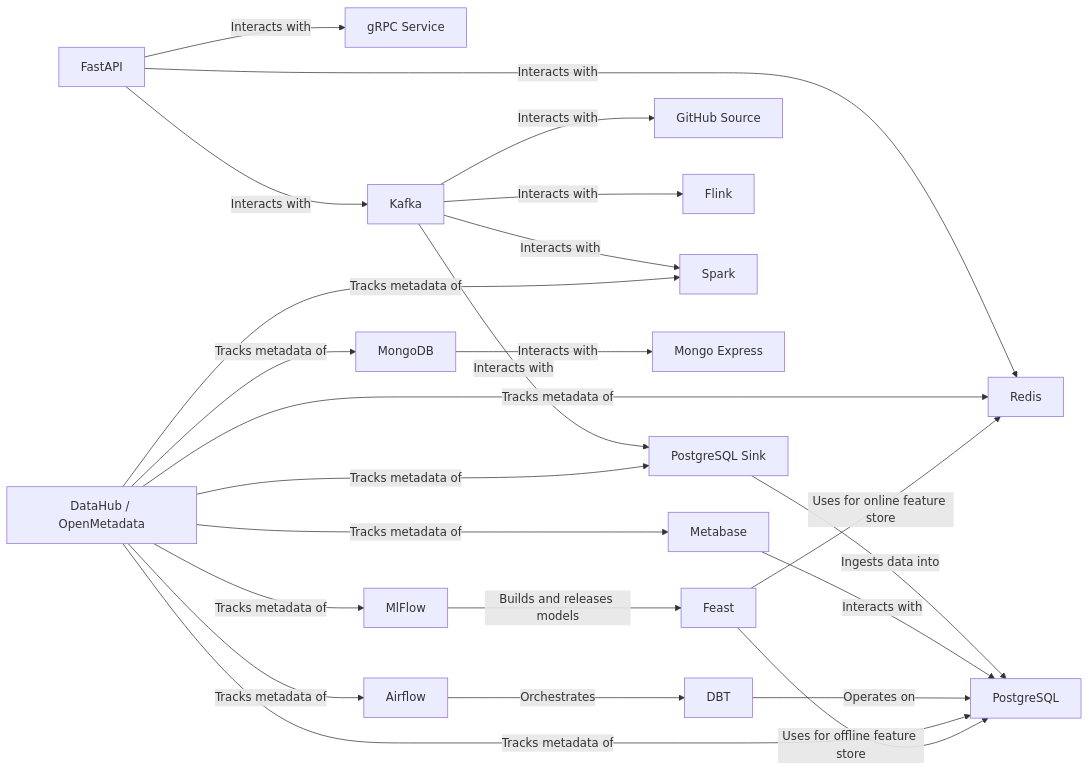
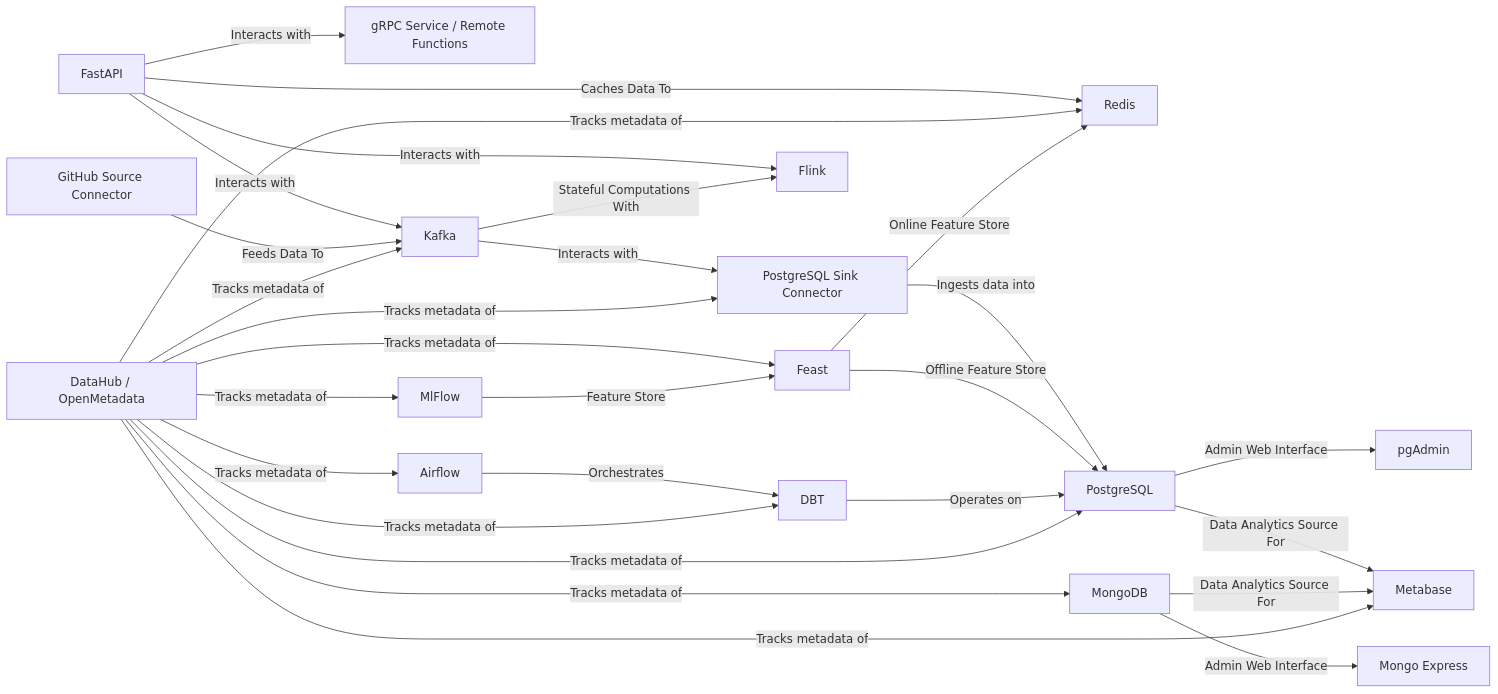
One commit to Foehammer82/tech-terrarium changed the diagram in README.md. Above: the diagram before and after it, drawn with Mermaid. The commit also changed 16 other files, not shown here.

````diff
--- a/README.md
+++ b/README.md
@@ -10,26 +10,30 @@
 ```mermaid
 graph LR
-    A[FastAPI] -->|Interacts with| B[Redis]
-    A -->|Interacts with| C[gRPC Service]
+    A[FastAPI] -->|Caches Data To| B[Redis]
+    A -->|Interacts with| C[gRPC Service / Remote Functions]
     A -->|Interacts with| D[Kafka]
-    D -->|Interacts with| E[PostgreSQL Sink]
+    F[GitHub Source Connector] -->|Feeds Data To| D
+    D -->|Interacts with| E[PostgreSQL Sink Connector]
     E -->|Ingests data into| L[PostgreSQL]
-    D -->|Interacts with| F[GitHub Source]
-    D -->|Interacts with| G[Flink]
-    D -->|Interacts with| H[Spark]
-    I[MongoDB] -->|Interacts with| J[Mongo Express]
-    K[Metabase] -->|Interacts with| L
+    U -->|Offline Feature Store| L
+    L -->|Admin Web Interface| M[pgAdmin]
+    A -->|Interacts with| G
+    D -->|Stateful Computations With| G[Flink]
+    L -->|Data Analytics Source For| K[Metabase]
+    I[MongoDB] -->|Admin Web Interface| J[Mongo Express]
+    I -->|Data Analytics Source For| K
     O[Airflow] -->|Orchestrates| P[DBT]
     P -->|Operates on| L
     Q[DataHub / OpenMetadata] -->|Tracks metadata of| B
     Q -->|Tracks metadata of| I
     Q -->|Tracks metadata of| L
     Q -->|Tracks metadata of| K
     Q -->|Tracks metadata of| O
     Q -->|Tracks metadata of| T[MlFlow]
-    Q -->|Tracks metadata of| H
     Q -->|Tracks metadata of| E
-    T -->|Builds and releases models| U[Feast]
-    U -->|Uses for offline feature store| L
-    U -->|Uses for online feature store| B
+    Q -->|Tracks metadata of| D
+    Q -->|Tracks metadata of| P
+    Q -->|Tracks metadata of| U
+    T -->|Feature Store| U[Feast]
+    U -->|Online Feature Store| B
 ```
````
